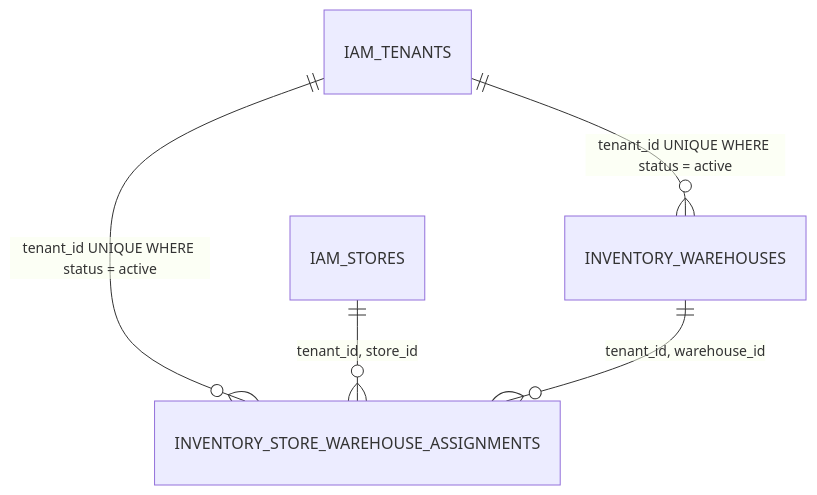
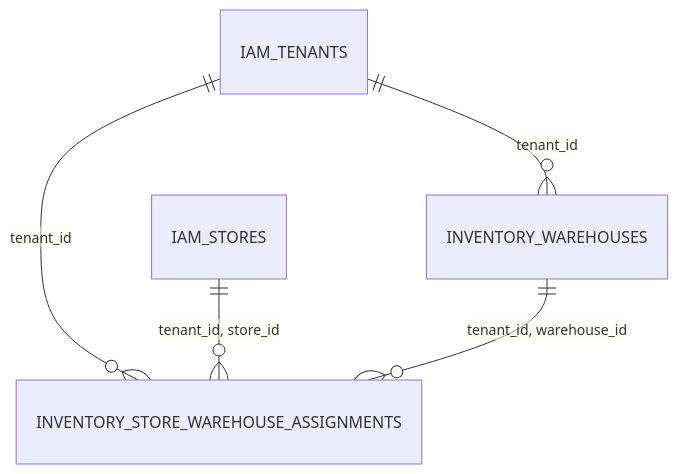
One commit to DsChien102/erp-sales-inventory changed the second of 2 diagrams in specs/themes/theme-07/04.harness/BJ-02-harness/SL-006-default-warehouse.md. Above: the diagram before and after it, drawn with Mermaid. The commit also changed other lines of this file and 1 other file, not shown here.

First line of the commit message:
refactor: update status of SL-006 default warehouse to READY_TO_IMPLEMENT and enhance documentation

````diff
--- a/specs/themes/theme-07/04.harness/BJ-02-harness/SL-006-default-warehouse.md
+++ b/specs/themes/theme-07/04.harness/BJ-02-harness/SL-006-default-warehouse.md
@@ -153,7 +159,7 @@
 ```mermaid
 erDiagram
-    IAM_TENANTS ||--o{ INVENTORY_WAREHOUSES : "tenant_id UNIQUE WHERE status = active"
-    IAM_TENANTS ||--o{ INVENTORY_STORE_WAREHOUSE_ASSIGNMENTS : "tenant_id UNIQUE WHERE status = active"
+    IAM_TENANTS ||--o{ INVENTORY_WAREHOUSES : "tenant_id"
+    IAM_TENANTS ||--o{ INVENTORY_STORE_WAREHOUSE_ASSIGNMENTS : "tenant_id"
     IAM_STORES ||--o{ INVENTORY_STORE_WAREHOUSE_ASSIGNMENTS : "tenant_id, store_id"
     INVENTORY_WAREHOUSES ||--o{ INVENTORY_STORE_WAREHOUSE_ASSIGNMENTS : "tenant_id, warehouse_id"
 ```
````
